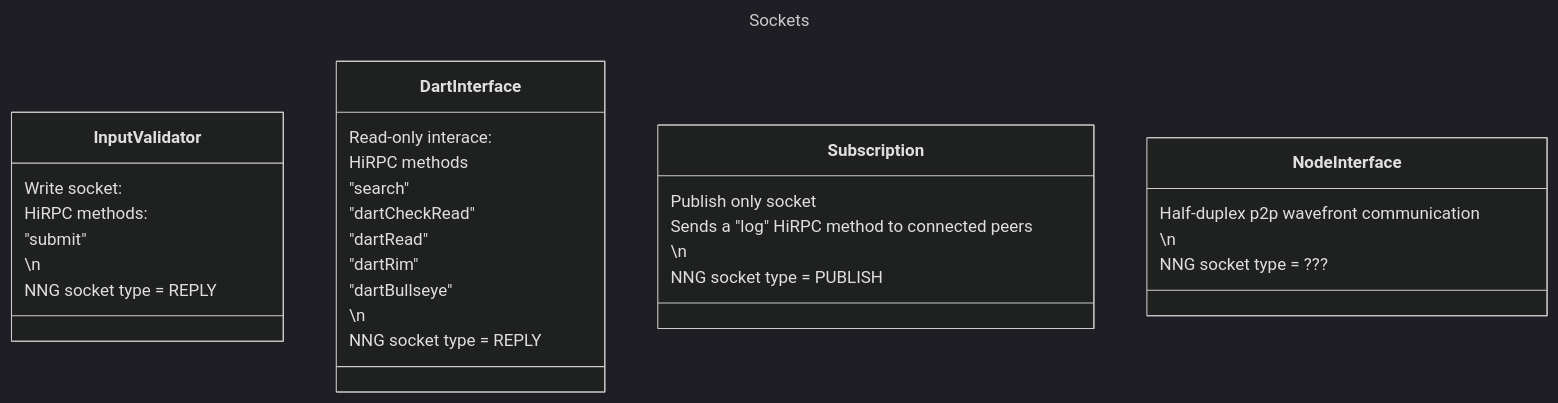
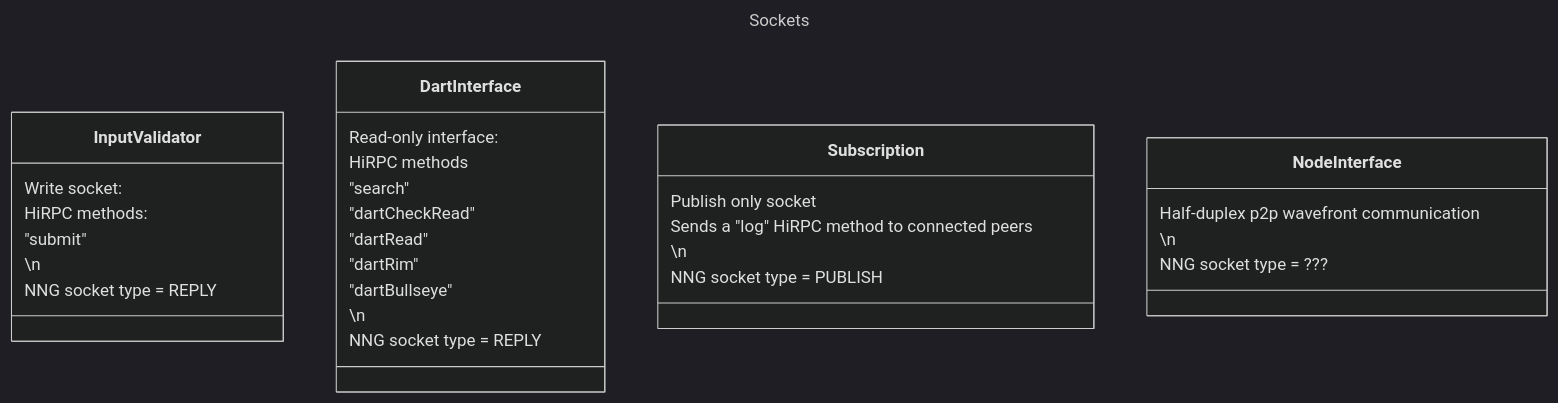
The first of 3 diagrams in documents/architecture/Network_Architecture.md (tagion/tagion), drawn with Mermaid (dark theme) before and after one commit. The commit also changed other lines of this file, not shown here.

Commit message:
doc: add empty dart interface link to overview

````diff
--- a/documents/architecture/Network_Architecture.md
+++ b/documents/architecture/Network_Architecture.md
@@ -31,35 +31,35 @@
 ```mermaid
 ---
 title: Sockets
 ---
 classDiagram
     class InputValidator{
         Write socket:
         HiRPC methods:
         "submit"
         \n
         NNG socket type = REPLY
     }
     class DartInterface{
-        Read-only interace:
+        Read-only interface:
         HiRPC methods
         "search"
         "dartCheckRead"
         "dartRead"
         "dartRim"
         "dartBullseye"
         \n
         NNG socket type = REPLY
     }
     class Subscription{
         Publish only socket
         Sends a "log" HiRPC method to connected peers
         \n
         NNG socket type = PUBLISH
     }
     class NodeInterface{
         Half-duplex p2p wavefront communication
         \n
         NNG socket type = ???
     }
 ```
````
